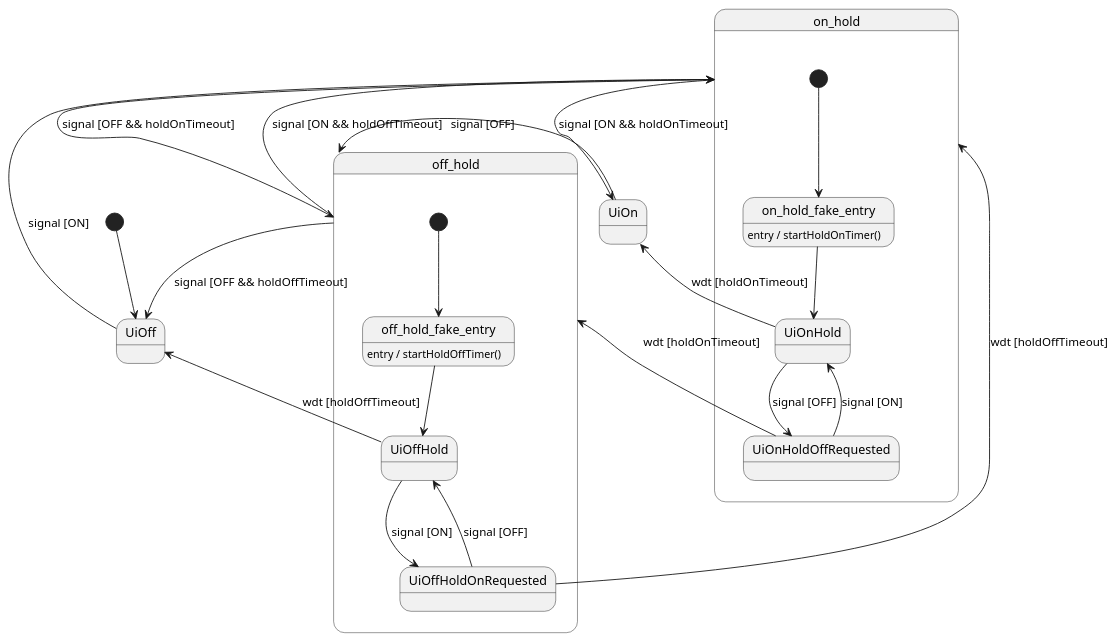
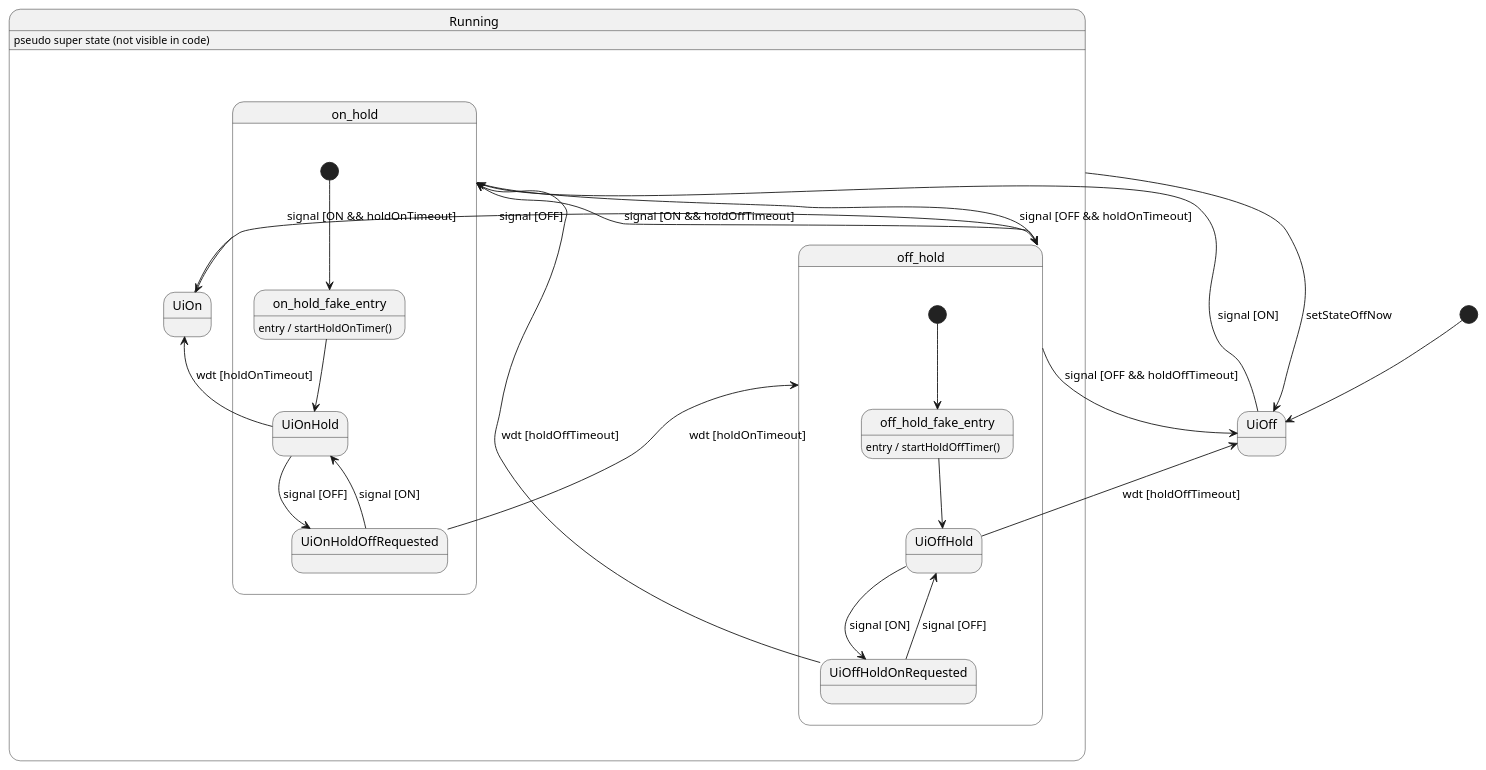
The diagram in doc/plantuml/StateDiagrams/PinoutSignalsUiControllerRxExample.puml (scandyna/MdtTerminal), drawn with PlantUML before and after one commit. The commit also changed 6 other files, not shown here.

```diff
--- a/doc/plantuml/StateDiagrams/PinoutSignalsUiControllerRxExample.puml
+++ b/doc/plantuml/StateDiagrams/PinoutSignalsUiControllerRxExample.puml
@@ -1,44 +1,49 @@
 @startuml
 
 [*] --> UiOff
 
-UiOff --> on_hold : signal [ON]
+state Running {
+  UiOff --> on_hold : signal [ON]
 
-UiOn --> off_hold : signal [OFF]
+  UiOn --> off_hold : signal [OFF]
 
-state on_hold {
-  state on_hold_fake_entry
-  on_hold_fake_entry : entry / startHoldOnTimer()
-  [*] --> on_hold_fake_entry
+  state on_hold {
+    state on_hold_fake_entry
+    on_hold_fake_entry : entry / startHoldOnTimer()
+    [*] --> on_hold_fake_entry
 
-  on_hold_fake_entry --> UiOnHold
+    on_hold_fake_entry --> UiOnHold
 
-  UiOnHold --> UiOnHoldOffRequested : signal [OFF]
-  UiOnHoldOffRequested --> UiOnHold : signal [ON]
+    UiOnHold --> UiOnHoldOffRequested : signal [OFF]
+    UiOnHoldOffRequested --> UiOnHold : signal [ON]
 
-  UiOnHold --> UiOn : wdt [holdOnTimeout]
-  UiOnHoldOffRequested --> off_hold : wdt [holdOnTimeout]
-}
+    UiOnHold --> UiOn : wdt [holdOnTimeout]
+    UiOnHoldOffRequested --> off_hold : wdt [holdOnTimeout]
+  }
 
-on_hold --> UiOn : signal [ON && holdOnTimeout]
-on_hold --> off_hold : signal [OFF && holdOnTimeout]
+  on_hold --> UiOn : signal [ON && holdOnTimeout]
+  on_hold --> off_hold : signal [OFF && holdOnTimeout]
 
 
-state off_hold {
-  state off_hold_fake_entry
-  off_hold_fake_entry : entry / startHoldOffTimer()
-  [*] --> off_hold_fake_entry
+  state off_hold {
+    state off_hold_fake_entry
+    off_hold_fake_entry : entry / startHoldOffTimer()
+    [*] --> off_hold_fake_entry
 
-  off_hold_fake_entry --> UiOffHold
+    off_hold_fake_entry --> UiOffHold
 
-  UiOffHold --> UiOffHoldOnRequested : signal [ON]
-  UiOffHoldOnRequested --> UiOffHold : signal [OFF]
+    UiOffHold --> UiOffHoldOnRequested : signal [ON]
+    UiOffHoldOnRequested --> UiOffHold : signal [OFF]
 
-  UiOffHold --> UiOff : wdt [holdOffTimeout]
-  UiOffHoldOnRequested --> on_hold : wdt [holdOffTimeout]
+    UiOffHold --> UiOff : wdt [holdOffTimeout]
+    UiOffHoldOnRequested --> on_hold : wdt [holdOffTimeout]
+  }
+
+  off_hold --> UiOff : signal [OFF && holdOffTimeout]
+  off_hold --> on_hold : signal [ON && holdOffTimeout]
 }
+Running : pseudo super state (not visible in code)
 
-off_hold --> UiOff : signal [OFF && holdOffTimeout]
-off_hold --> on_hold : signal [ON && holdOffTimeout]
+Running --> UiOff : setStateOffNow
 
 @enduml
```
